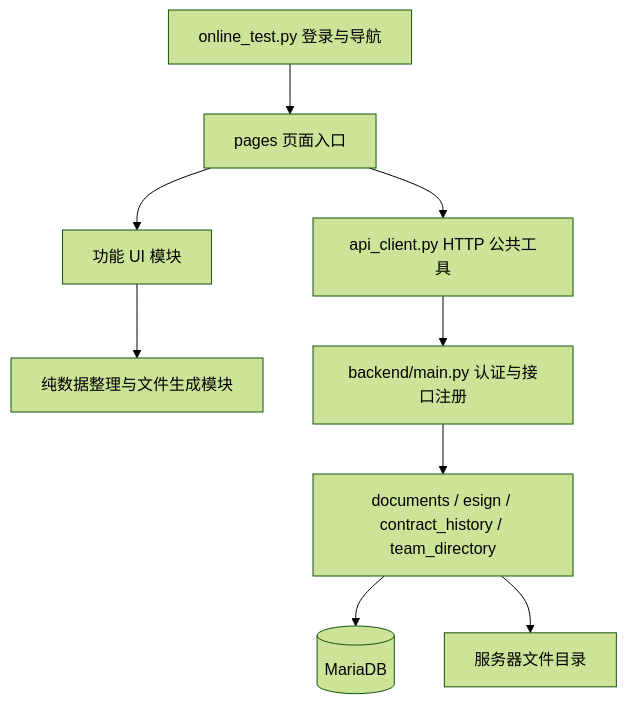
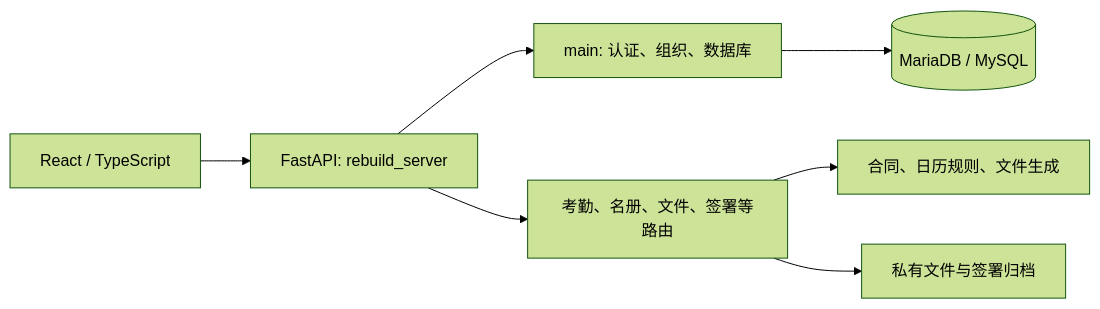
The diagram in doc/architecture.md (ILCI-Clement/Fiche_de_Paye), drawn with Mermaid (forest theme) before and after one commit. The commit also changed other lines of this file and 54 other files, not shown here.

````diff
--- a/doc/architecture.md
+++ b/doc/architecture.md
@@ -18,11 +5,9 @@
 ```mermaid
-flowchart TD
-    Entry[online_test.py 登录与导航] --> Pages[pages 页面入口]
-    Pages --> UI[功能 UI 模块]
-    Pages --> API[api_client.py HTTP 公共工具]
-    UI --> Model[纯数据整理与文件生成模块]
-    API --> Main[backend/main.py 认证与接口注册]
-    Main --> Routes[documents / esign / contract_history / team_directory]
-    Routes --> DB[(MariaDB)]
-    Routes --> Storage[服务器文件目录]
+flowchart LR
+    React[React / TypeScript] --> API[FastAPI: rebuild_server]
+    API --> Main[main: 认证、组织、数据库]
+    API --> Routes[考勤、名册、文件、签署等路由]
+    Routes --> Shared[合同、日历规则、文件生成]
+    Main --> DB[(MariaDB / MySQL)]
+    Routes --> Files[私有文件与签署归档]
 ```
````
